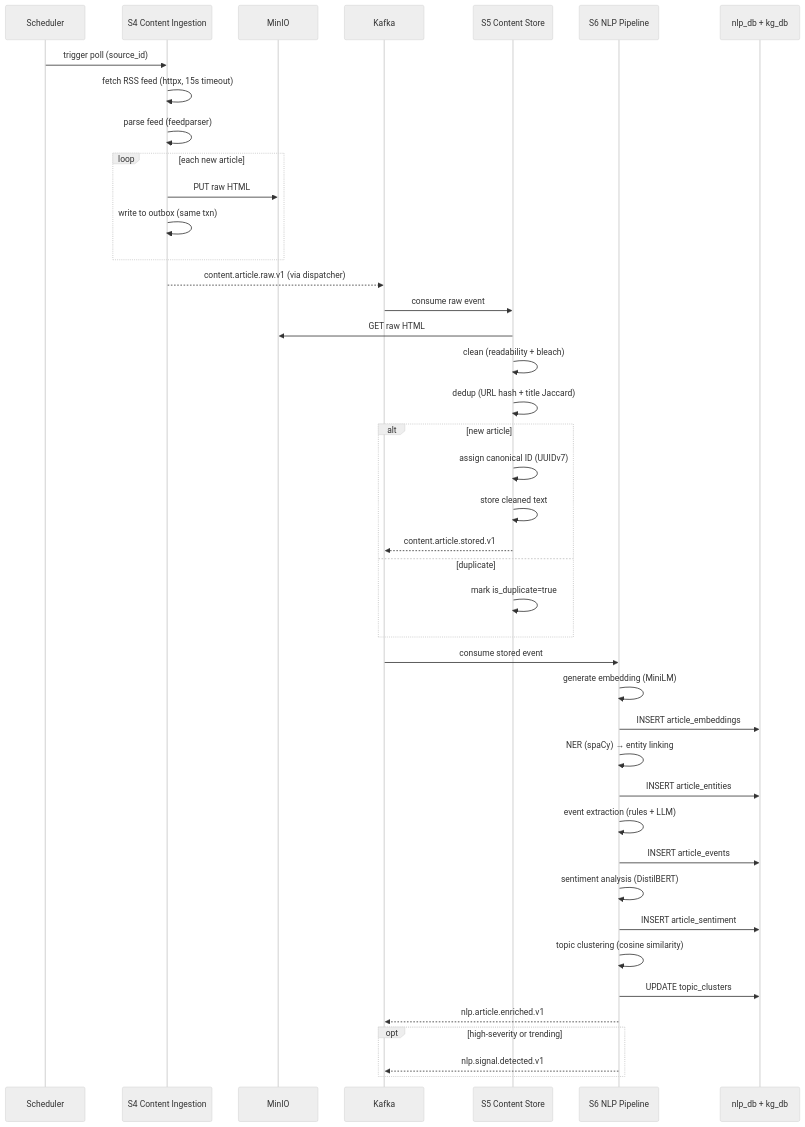
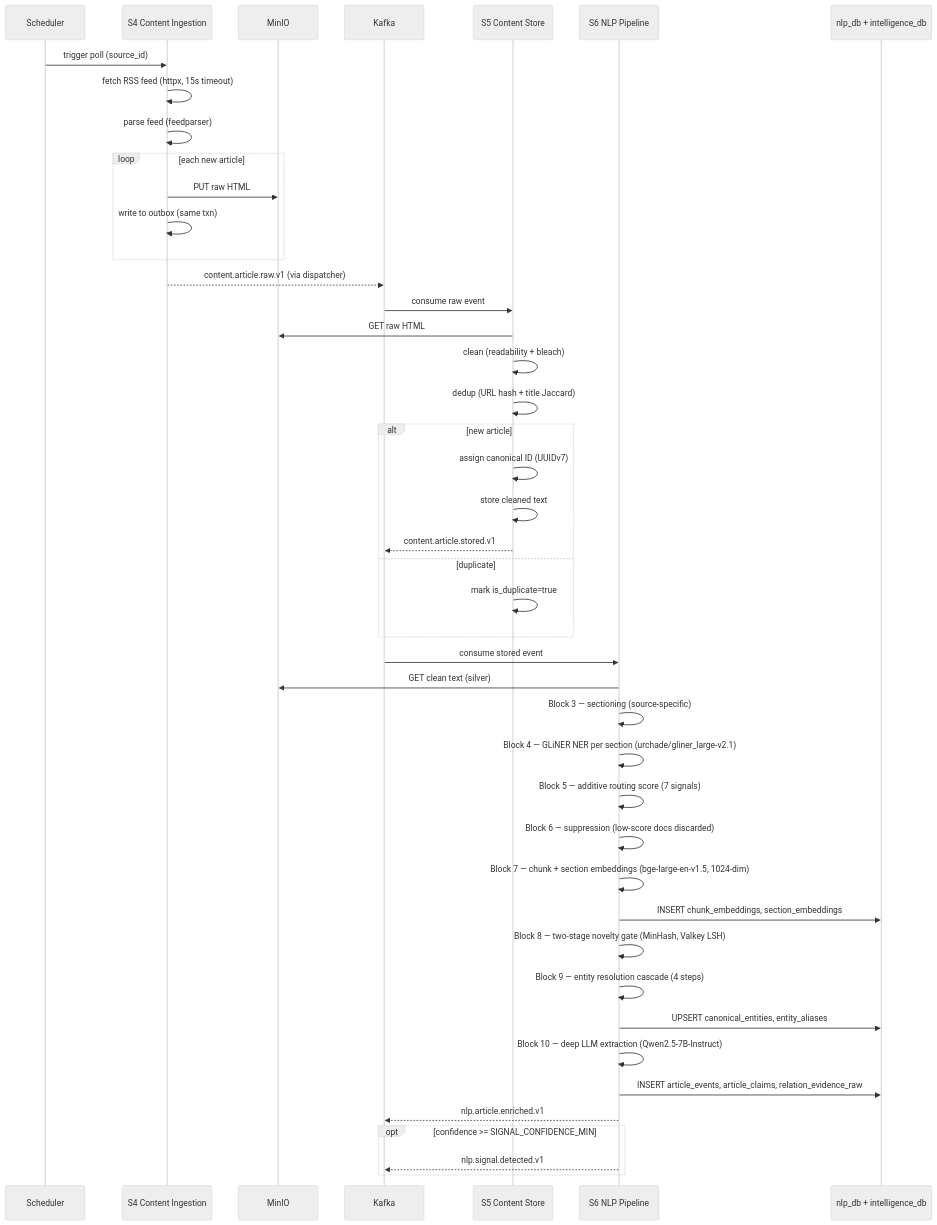
Before and after one commit to arnaurodondev/WorldView: the fourth of 4 diagrams in docs/MASTER_PLAN.md, drawn with Mermaid (neutral theme). The commit also changed other lines of this file and 31 other files, not shown here.

````diff
--- a/docs/MASTER_PLAN.md
+++ b/docs/MASTER_PLAN.md
@@ -195,47 +206,49 @@
 ```mermaid
 sequenceDiagram
     participant S as Scheduler
     participant S4 as S4 Content Ingestion
     participant MIO as MinIO
     participant K as Kafka
     participant S5 as S5 Content Store
     participant S6 as S6 NLP Pipeline
-    participant DB as nlp_db + kg_db
+    participant DB as nlp_db + intelligence_db
 
     S->>S4: trigger poll (source_id)
     S4->>S4: fetch RSS feed (httpx, 15s timeout)
     S4->>S4: parse feed (feedparser)
     loop each new article
         S4->>MIO: PUT raw HTML
         S4->>S4: write to outbox (same txn)
     end
     S4-->>K: content.article.raw.v1 (via dispatcher)
 
     K->>S5: consume raw event
     S5->>MIO: GET raw HTML
     S5->>S5: clean (readability + bleach)
     S5->>S5: dedup (URL hash + title Jaccard)
     alt new article
         S5->>S5: assign canonical ID (UUIDv7)
         S5->>S5: store cleaned text
         S5-->>K: content.article.stored.v1
     else duplicate
         S5->>S5: mark is_duplicate=true
     end
 
     K->>S6: consume stored event
-    S6->>S6: generate embedding (MiniLM)
-    S6->>DB: INSERT article_embeddings
-    S6->>S6: NER (spaCy) → entity linking
-    S6->>DB: INSERT article_entities
-    S6->>S6: event extraction (rules + LLM)
-    S6->>DB: INSERT article_events
-    S6->>S6: sentiment analysis (DistilBERT)
-    S6->>DB: INSERT article_sentiment
-    S6->>S6: topic clustering (cosine similarity)
-    S6->>DB: UPDATE topic_clusters
+    S6->>MIO: GET clean text (silver)
+    S6->>S6: Block 3 — sectioning (source-specific)
+    S6->>S6: Block 4 — GLiNER NER per section (urchade/gliner_large-v2.1)
+    S6->>S6: Block 5 — additive routing score (7 signals)
+    S6->>S6: Block 6 — suppression (low-score docs discarded)
+    S6->>S6: Block 7 — chunk + section embeddings (bge-large-en-v1.5, 1024-dim)
+    S6->>DB: INSERT chunk_embeddings, section_embeddings
+    S6->>S6: Block 8 — two-stage novelty gate (MinHash, Valkey LSH)
+    S6->>S6: Block 9 — entity resolution cascade (4 steps)
+    S6->>DB: UPSERT canonical_entities, entity_aliases
+    S6->>S6: Block 10 — deep LLM extraction (Qwen2.5-7B-Instruct)
+    S6->>DB: INSERT article_events, article_claims, relation_evidence_raw
     S6-->>K: nlp.article.enriched.v1
-    opt high-severity or trending
+    opt confidence >= SIGNAL_CONFIDENCE_MIN
         S6-->>K: nlp.signal.detected.v1
     end
 ```
````
